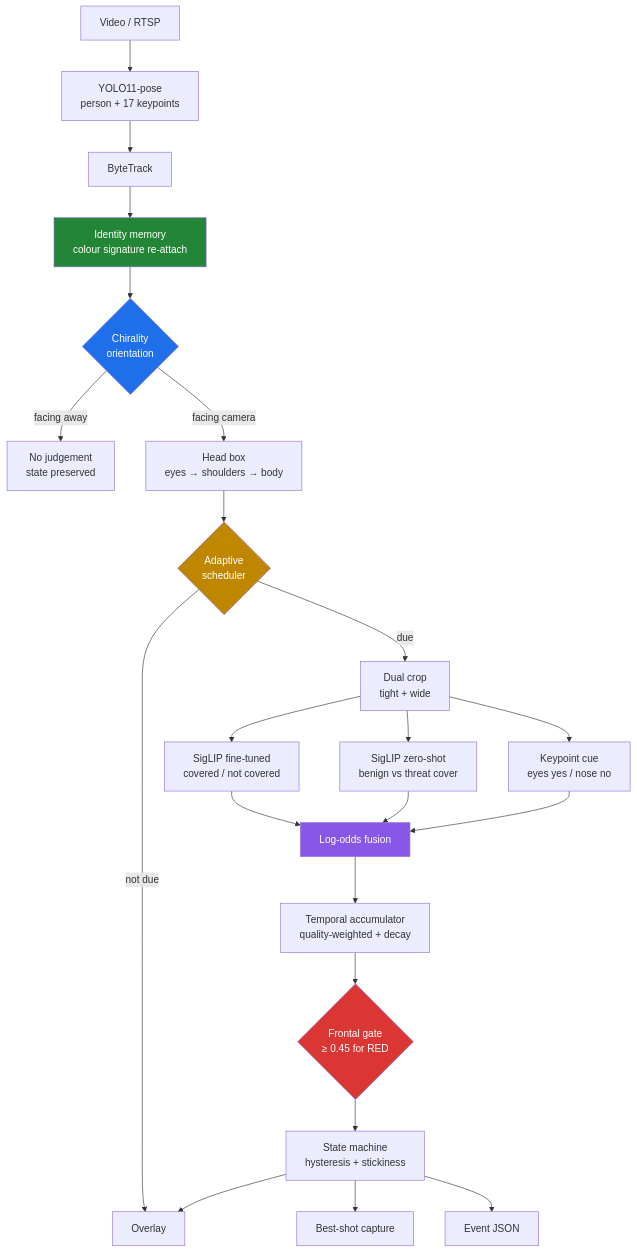
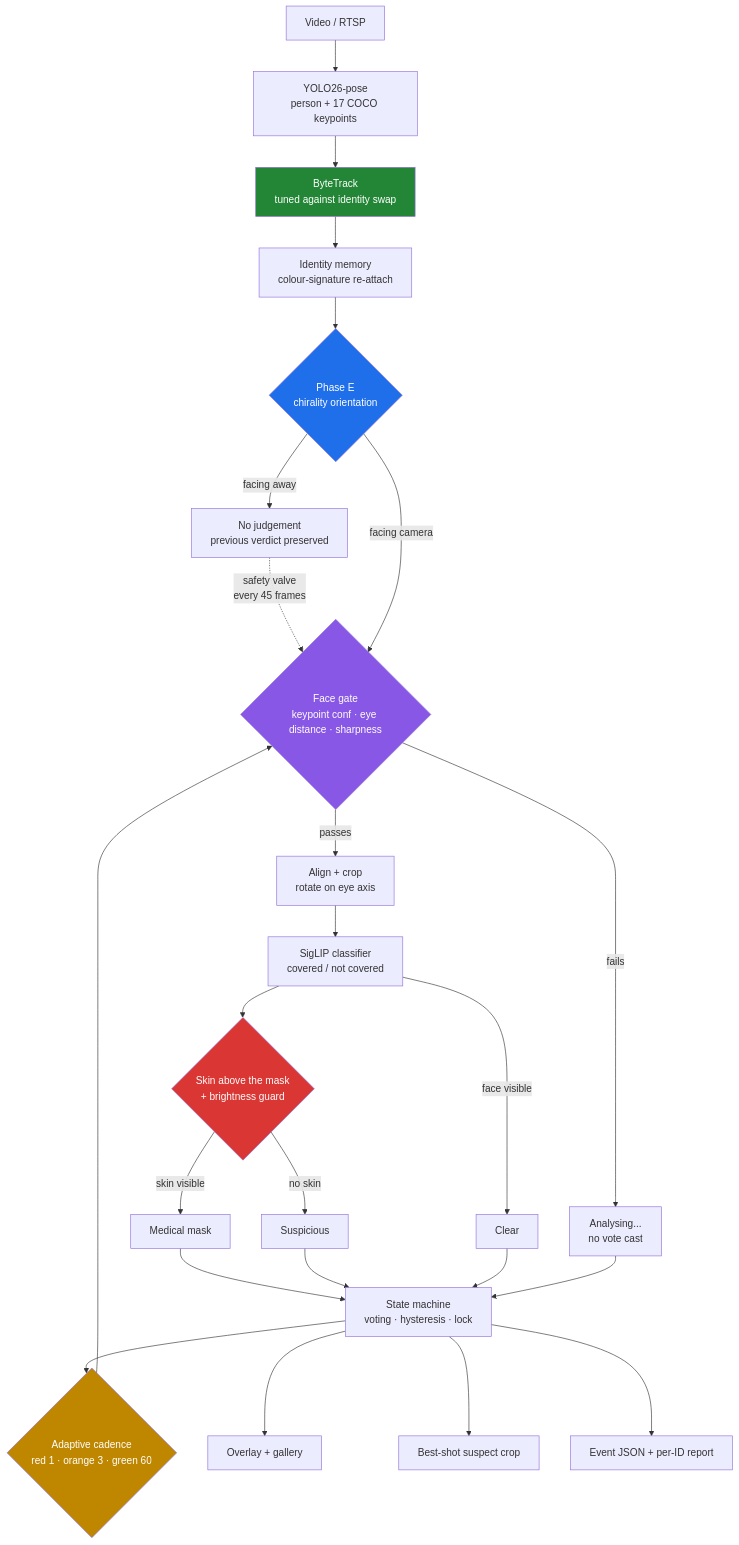
One commit to ParsaVictor/thief-face-detection changed the first of 2 diagrams in README.md. Above: the diagram before and after it, drawn with Mermaid. The commit also changed other lines of this file and 32 other files, not shown here.

First line of the commit message:
feat: V7 release — hardened orientation, tracker tuned against identity swap

````diff
--- a/README.md
+++ b/README.md
@@ -84,36 +89,38 @@
 ```mermaid
 flowchart TB
-    V[Video / RTSP] --> POSE[YOLO11-pose<br/>person + 17 keypoints]
-    POSE --> TRK[ByteTrack]
-    TRK --> MEM[Identity memory<br/>colour signature re-attach]
+    V[Video / RTSP] --> POSE[YOLO26-pose<br/>person + 17 COCO keypoints]
+    POSE --> TRK[ByteTrack<br/>tuned against identity swap]
+    TRK --> MEM[Identity memory<br/>colour-signature re-attach]
 
-    MEM --> ORI{Chirality<br/>orientation}
-    ORI -->|facing away| AWAY[No judgement<br/>state preserved]
-    ORI -->|facing camera| BOX[Head box<br/>eyes → shoulders → body]
+    MEM --> ORI{Phase E<br/>chirality orientation}
+    ORI -->|facing away| AWAY[No judgement<br/>previous verdict preserved]
+    AWAY -.->|safety valve<br/>every 45 frames| GATE
+    ORI -->|facing camera| GATE{Face gate<br/>keypoint conf · eye distance · sharpness}
 
-    BOX --> SCH{Adaptive<br/>scheduler}
-    SCH -->|not due| DRAW
-    SCH -->|due| CROP[Dual crop<br/>tight + wide]
+    GATE -->|fails| HOLD[Analysing...<br/>no vote cast]
+    GATE -->|passes| CROP[Align + crop<br/>rotate on eye axis]
 
-    CROP --> M1[SigLIP fine-tuned<br/>covered / not covered]
-    CROP --> M2[SigLIP zero-shot<br/>benign vs threat cover]
-    CROP --> KP[Keypoint cue<br/>eyes yes / nose no]
+    CROP --> CLS[SigLIP classifier<br/>covered / not covered]
+    CLS --> SKIN{Skin above the mask<br/>+ brightness guard}
+    SKIN -->|skin visible| ORANGE[Medical mask]
+    SKIN -->|no skin| RED[Suspicious]
+    CLS -->|face visible| GREEN[Clear]
 
-    M1 --> FUSE[Log-odds fusion]
-    M2 --> FUSE
-    KP --> FUSE
+    ORANGE --> SCH[State machine<br/>voting · hysteresis · lock]
+    RED --> SCH
+    GREEN --> SCH
+    HOLD --> SCH
 
-    FUSE --> ACC[Temporal accumulator<br/>quality-weighted + decay]
-    ACC --> GATE{Frontal gate<br/>≥ 0.45 for RED}
-    GATE --> STATE[State machine<br/>hysteresis + stickiness]
+    SCH --> CAD{Adaptive cadence<br/>red 1 · orange 3 · green 60}
+    CAD --> GATE
 
-    STATE --> DRAW[Overlay]
-    STATE --> SNAP[Best-shot capture]
-    STATE --> EV[Event JSON]
+    SCH --> DRAW[Overlay + gallery]
+    SCH --> SNAP[Best-shot suspect crop]
+    SCH --> EV[Event JSON + per-ID report]
 
     style ORI fill:#1f6feb,color:#fff
-    style GATE fill:#da3633,color:#fff
-    style FUSE fill:#8957e5,color:#fff
-    style SCH fill:#bf8700,color:#fff
-    style MEM fill:#238636,color:#fff
+    style TRK fill:#238636,color:#fff
+    style SKIN fill:#da3633,color:#fff
+    style CAD fill:#bf8700,color:#fff
+    style GATE fill:#8957e5,color:#fff
 ```
````
